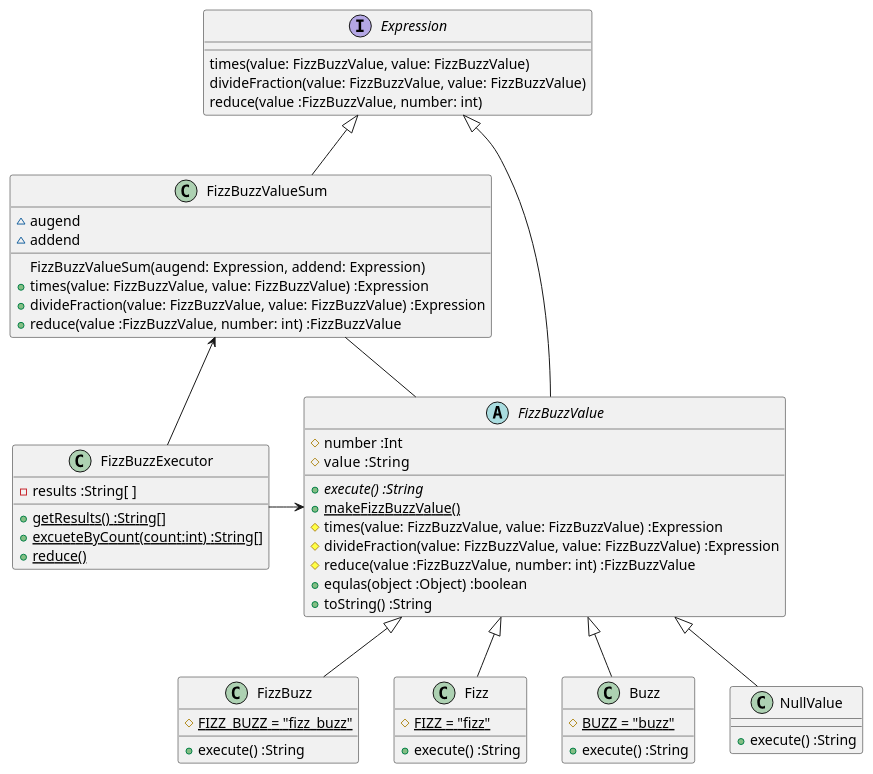
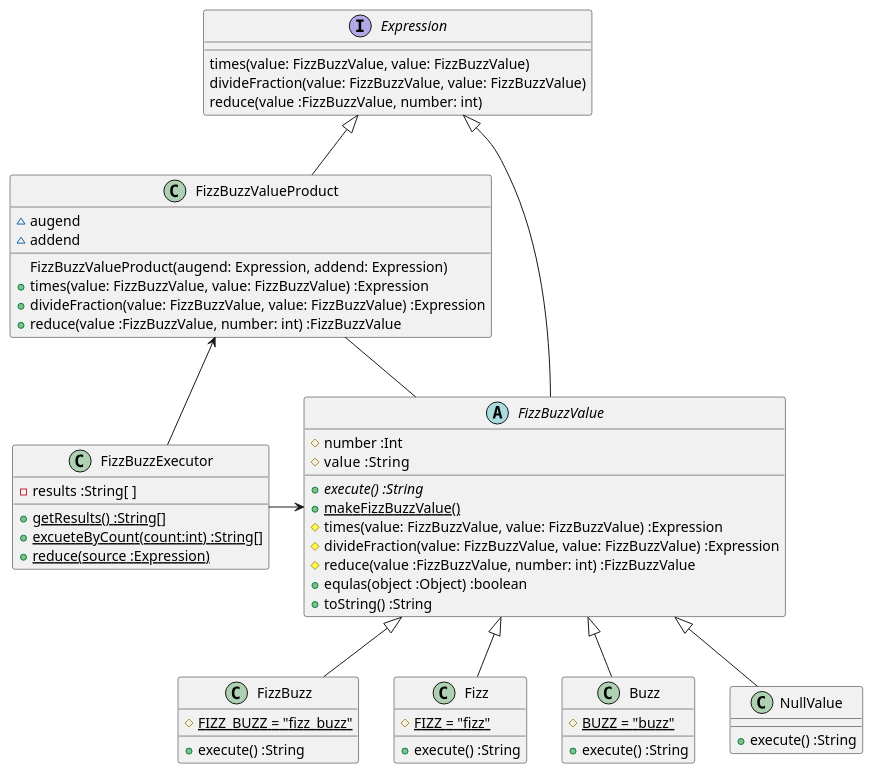
One commit to k2works/etude_for_java changed the first of 4 diagrams in docs/src/fizzbuzz.md. Above: the diagram before and after it, drawn with PlantUML. The commit also changed other lines of this file and 11 other files, not shown here.

First line of the commit message:
FizzBuzz #EFJ-8

````diff
--- a/docs/src/fizzbuzz.md
+++ b/docs/src/fizzbuzz.md
@@ -37,59 +37,59 @@
 ```puml
 @startuml
 class FizzBuzzExecutor {
   -results :String[ ]
   +{static}getResults() :String[]  
   +{static}excueteByCount(count:int) :String[]
-  +{static}reduce()
+  +{static}reduce(source :Expression)
 }
 abstract class FizzBuzzValue {
   #number :Int
   #value  :String
   +{abstract}execute() :String
   +{static} makeFizzBuzzValue()
   #times(value: FizzBuzzValue, value: FizzBuzzValue) :Expression
   #divideFraction(value: FizzBuzzValue, value: FizzBuzzValue) :Expression
   #reduce(value :FizzBuzzValue, number: int) :FizzBuzzValue
   +equlas(object :Object) :boolean
   +toString() :String
 }
 class FizzBuzz {
   #{static} FIZZ_BUZZ = "fizz_buzz"
   +execute() :String
 }
 class Fizz {
   #{static} FIZZ = "fizz"
   +execute() :String
 }
 class Buzz {
   #{static} BUZZ = "buzz"  
   +execute() :String  
 }
 class NullValue {
   +execute() :String  
 }
-class FizzBuzzValueSum {
+class FizzBuzzValueProduct {
   ~augend
   ~addend
-  FizzBuzzValueSum(augend: Expression, addend: Expression)
+  FizzBuzzValueProduct(augend: Expression, addend: Expression)
   +times(value: FizzBuzzValue, value: FizzBuzzValue) :Expression
   +divideFraction(value: FizzBuzzValue, value: FizzBuzzValue) :Expression
   +reduce(value :FizzBuzzValue, number: int) :FizzBuzzValue
 }
 interface Expression {
   times(value: FizzBuzzValue, value: FizzBuzzValue)
   divideFraction(value: FizzBuzzValue, value: FizzBuzzValue)
   reduce(value :FizzBuzzValue, number: int)
 }
 FizzBuzzExecutor -> FizzBuzzValue
 FizzBuzzValue <|-- Fizz
 FizzBuzzValue <|-- Buzz
 FizzBuzzValue <|-- FizzBuzz
 FizzBuzzValue <|-- NullValue
-FizzBuzzValueSum -- FizzBuzzValue
-FizzBuzzValueSum <- FizzBuzzExecutor
+FizzBuzzValueProduct -- FizzBuzzValue
+FizzBuzzValueProduct <- FizzBuzzExecutor
 Expression <|- FizzBuzzValue
-Expression <|-- FizzBuzzValueSum
+Expression <|-- FizzBuzzValueProduct
 
 @enduml
 ```
````
